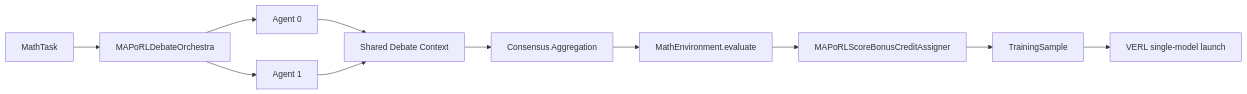
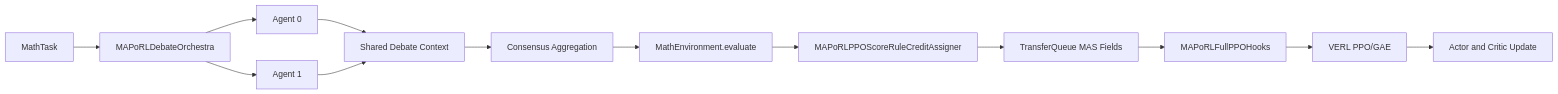
The third of 4 diagrams in docs/trajweave-mas-layer.md (OpenDCAI/TrajWeave), drawn with Mermaid before and after one commit. The commit also changed other lines of this file and 27 other files, not shown here.

Commit message:
feat: add MAPoRL PPO VERL integration

````diff
--- a/docs/trajweave-mas-layer.md
+++ b/docs/trajweave-mas-layer.md
@@ -134,13 +134,15 @@
 ```mermaid
 flowchart LR
     A[MathTask] --> B[MAPoRLDebateOrchestra]
     B --> C[Agent 0]
     B --> D[Agent 1]
     C --> E[Shared Debate Context]
     D --> E
     E --> F[Consensus Aggregation]
     F --> G[MathEnvironment.evaluate]
-    G --> H[MAPoRLScoreBonusCreditAssigner]
-    H --> I[TrainingSample]
-    I --> J[VERL single-model launch]
+    G --> H[MAPoRLPPOScoreRuleCreditAssigner]
+    H --> I[TransferQueue MAS Fields]
+    I --> J[MAPoRLFullPPOHooks]
+    J --> K[VERL PPO/GAE]
+    K --> L[Actor and Critic Update]
 ```
````
